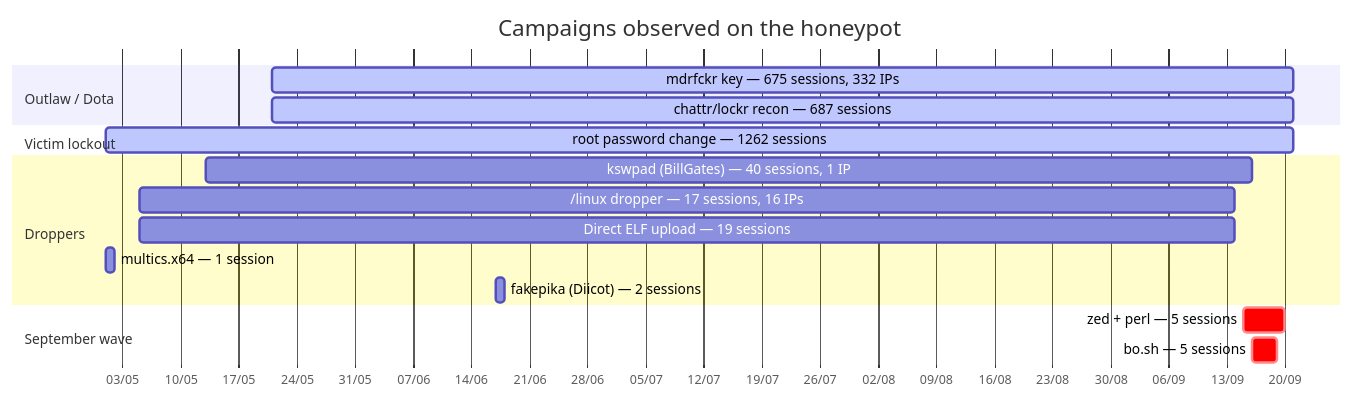
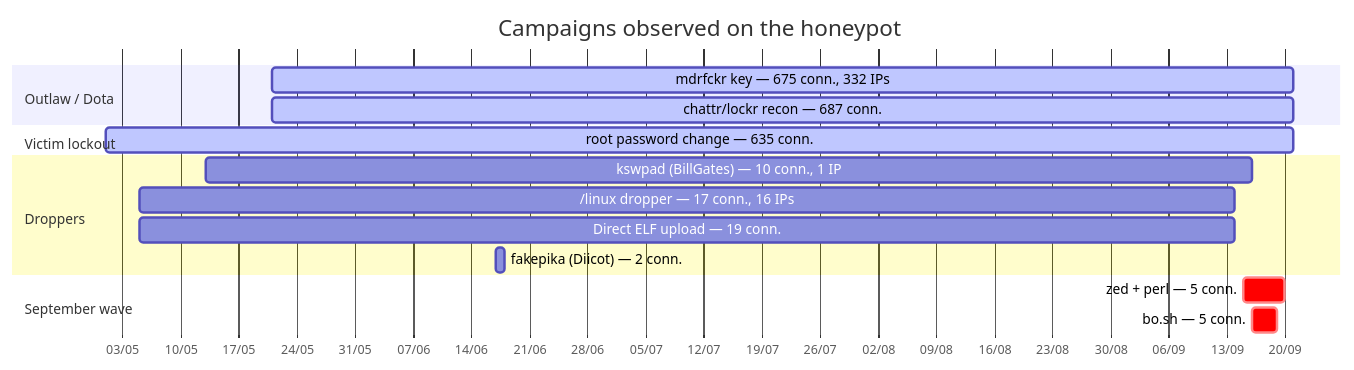
The eighth of 9 diagrams in README.md (Vr00mm/honeypot-writeup), drawn with Mermaid before and after one commit. The commit also changed other lines of this file and 1 other file, not shown here.

First line of the commit message:
docs: count per connection instead of per session channel

````diff
--- a/README.md
+++ b/README.md
@@ -737,24 +736,23 @@
 ```mermaid
 gantt
     title Campaigns observed on the honeypot
     dateFormat YYYY-MM-DD
     axisFormat %d/%m
 
     section Outlaw / Dota
-    mdrfckr key — 675 sessions, 332 IPs     :active, 2026-05-21, 2026-09-21
-    chattr/lockr recon — 687 sessions       :active, 2026-05-21, 2026-09-21
+    mdrfckr key — 675 conn., 332 IPs        :active, 2026-05-21, 2026-09-21
+    chattr/lockr recon — 687 conn.          :active, 2026-05-21, 2026-09-21
 
     section Victim lockout
-    root password change — 1262 sessions    :active, 2026-05-01, 2026-09-21
+    root password change — 635 conn.        :active, 2026-05-01, 2026-09-21
 
     section Droppers
-    kswpad (BillGates) — 40 sessions, 1 IP  :2026-05-13, 2026-09-16
-    /linux dropper — 17 sessions, 16 IPs    :2026-05-05, 2026-09-14
-    Direct ELF upload — 19 sessions         :2026-05-05, 2026-09-14
-    multics.x64 — 1 session                 :2026-05-01, 2026-05-02
-    fakepika (Diicot) — 2 sessions          :2026-06-17, 2026-06-18
+    kswpad (BillGates) — 10 conn., 1 IP     :2026-05-13, 2026-09-16
+    /linux dropper — 17 conn., 16 IPs       :2026-05-05, 2026-09-14
+    Direct ELF upload — 19 conn.            :2026-05-05, 2026-09-14
+    fakepika (Diicot) — 2 conn.             :2026-06-17, 2026-06-18
 
     section September wave
-    zed + perl — 5 sessions                 :crit, 2026-09-15, 2026-09-20
-    bo.sh — 5 sessions                      :crit, 2026-09-16, 2026-09-19
+    zed + perl — 5 conn.                    :crit, 2026-09-15, 2026-09-20
+    bo.sh — 5 conn.                         :crit, 2026-09-16, 2026-09-19
 ```
````
